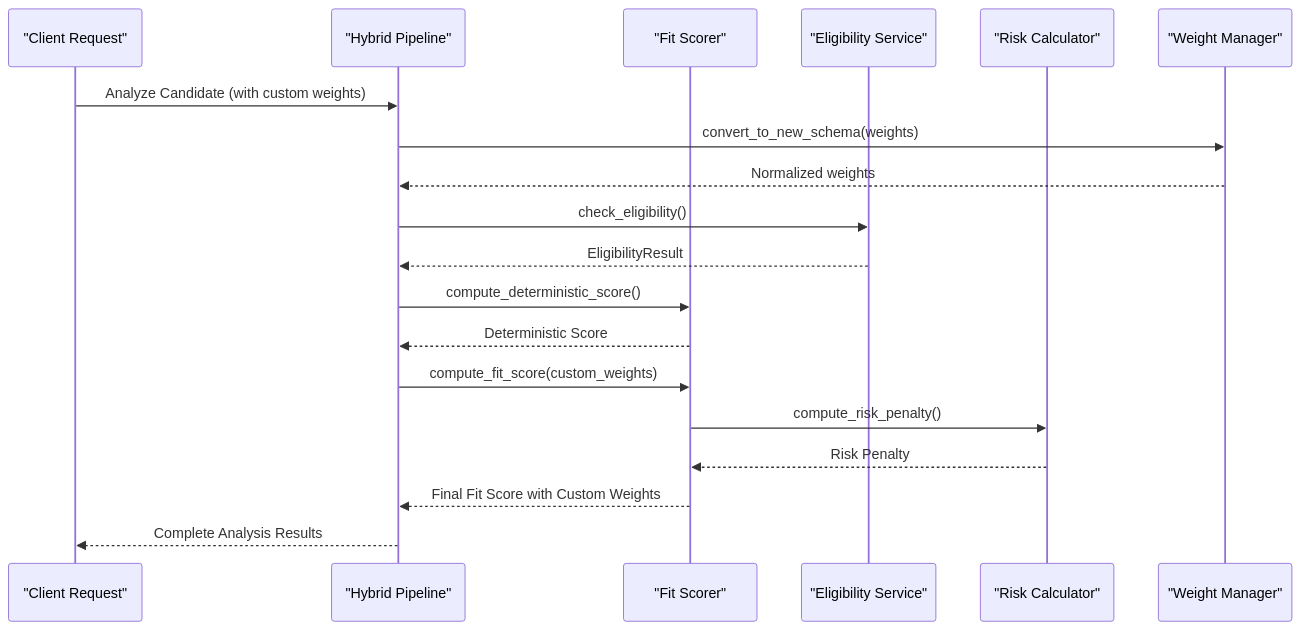
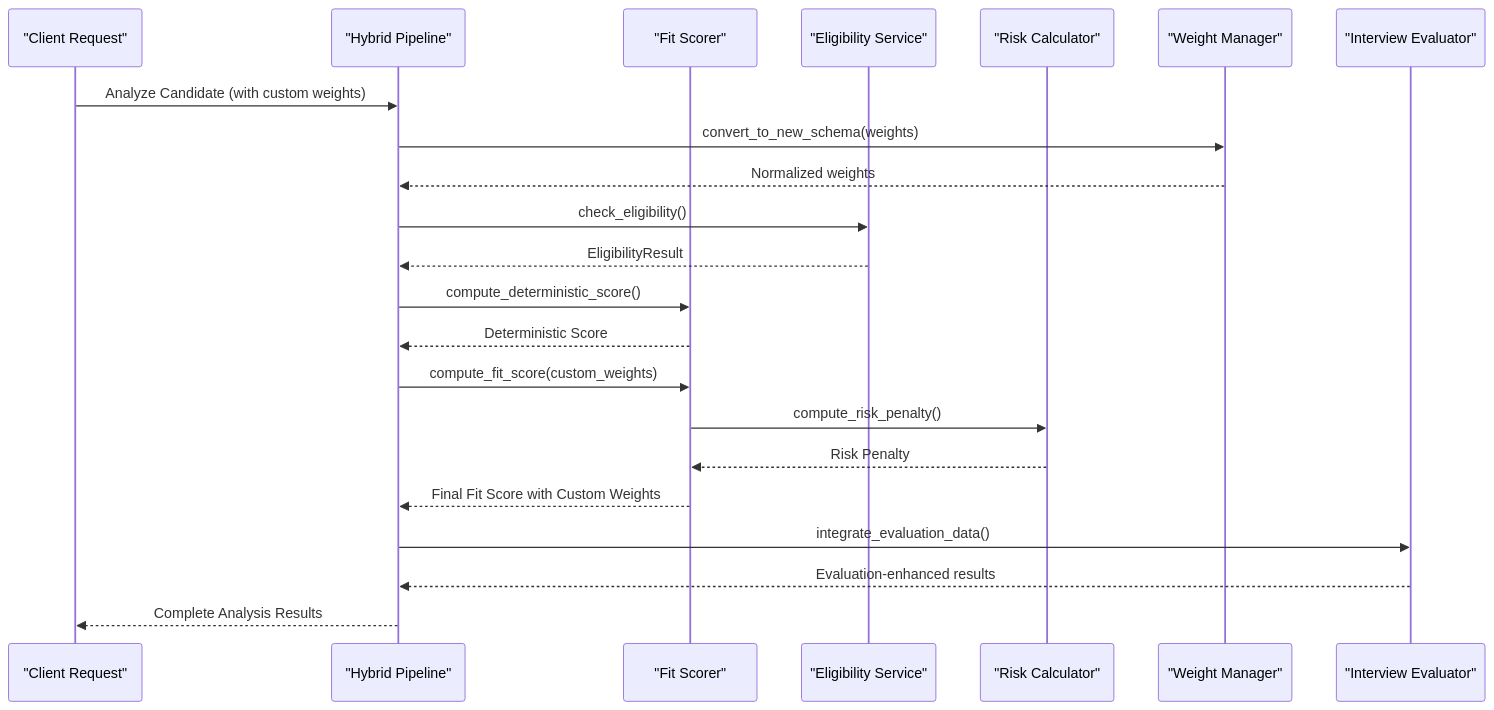
One commit to Revanththetalogics/aireume changed diagram 12 of 12 in .qoder/repowiki/en/content/Analysis Engine/Fit Scoring System.md. Above: the diagram before and after it, drawn with Mermaid. The commit also changed other lines of this file and 41 other files, not shown here.

````diff
--- a/.qoder/repowiki/en/content/Analysis Engine/Fit Scoring System.md
+++ b/.qoder/repowiki/en/content/Analysis Engine/Fit Scoring System.md
@@ -364,21 +535,24 @@
 ```mermaid
 sequenceDiagram
 participant Client as "Client Request"
 participant Pipeline as "Hybrid Pipeline"
 participant Scorer as "Fit Scorer"
 participant Eligibility as "Eligibility Service"
 participant Risk as "Risk Calculator"
 participant WeightManager as "Weight Manager"
+participant InterviewEvaluator as "Interview Evaluator"
 Client->>Pipeline : Analyze Candidate (with custom weights)
 Pipeline->>WeightManager : convert_to_new_schema(weights)
 WeightManager-->>Pipeline : Normalized weights
 Pipeline->>Eligibility : check_eligibility()
 Eligibility-->>Pipeline : EligibilityResult
 Pipeline->>Scorer : compute_deterministic_score()
 Scorer-->>Pipeline : Deterministic Score
 Pipeline->>Scorer : compute_fit_score(custom_weights)
 Scorer->>Risk : compute_risk_penalty()
 Risk-->>Scorer : Risk Penalty
 Scorer-->>Pipeline : Final Fit Score with Custom Weights
+Pipeline->>InterviewEvaluator : integrate_evaluation_data()
+InterviewEvaluator-->>Pipeline : Evaluation-enhanced results
 Pipeline-->>Client : Complete Analysis Results
 ```
````
